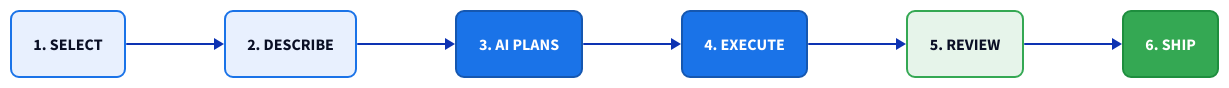
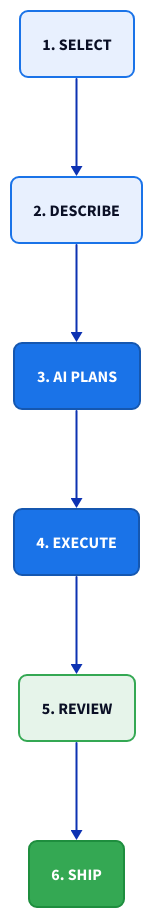
The diagram in docs/images/01-request-flow.d2 (kyungjaeha-moloco/moloco-inspect), drawn with D2 before and after one commit. The commit also changed 1 other file, not shown here.

Commit message:
docs: change request flow diagram to vertical layout

```diff
--- a/docs/images/01-request-flow.d2
+++ b/docs/images/01-request-flow.d2
@@ -1,105 +1,90 @@
-direction: right
+direction: down
 
 select: {
   label: "1. SELECT"
-  shape: rectangle
   style: {
     fill: "#e8f0fe"
     stroke: "#1a73e8"
     border-radius: 8
     font-size: 16
     bold: true
   }
   desc: |md
-    Open product page
-    `Cmd+Shift+E`
-    Click element
+    Open product page · `Cmd+Shift+E` · Click element
   |
 }
 
 describe: {
   label: "2. DESCRIBE"
-  shape: rectangle
   style: {
     fill: "#e8f0fe"
     stroke: "#1a73e8"
     border-radius: 8
     font-size: 16
     bold: true
   }
   desc: |md
-    Natural language
-    *"Move this column
-    to the left"*
+    Natural language — *"Move this column to the left"*
   |
 }
 
 plan: {
   label: "3. AI PLANS"
-  shape: rectangle
   style: {
     fill: "#1a73e8"
     stroke: "#1557b0"
     font-color: "#ffffff"
     border-radius: 8
     font-size: 16
     bold: true
   }
   desc: |md
-    Claude Sonnet analyzes
-    → execution plan
+    Claude Sonnet analyzes → execution plan
   |
 }
 
 execute: {
   label: "4. EXECUTE"
-  shape: rectangle
   style: {
     fill: "#1a73e8"
     stroke: "#1557b0"
     font-color: "#ffffff"
     border-radius: 8
     font-size: 16
     bold: true
   }
   desc: |md
-    Agent modifies code
-    in Docker sandbox
+    Agent modifies code in Docker sandbox
   |
 }
 
 review: {
   label: "5. REVIEW"
-  shape: rectangle
   style: {
     fill: "#e6f4ea"
     stroke: "#34a853"
     border-radius: 8
     font-size: 16
     bold: true
   }
   desc: |md
-    Live preview
-    Diff viewer
-    Screenshot
+    Live preview + diff viewer + screenshot
   |
 }
 
 ship: {
   label: "6. SHIP"
-  shape: rectangle
   style: {
     fill: "#34a853"
     stroke: "#1e8e3e"
     font-color: "#ffffff"
     border-radius: 8
     font-size: 16
     bold: true
   }
   desc: |md
-    One-click
-    GitHub PR
+    One-click GitHub PR creation
   |
 }
 
 select -> describe -> plan -> execute -> review -> ship
```
